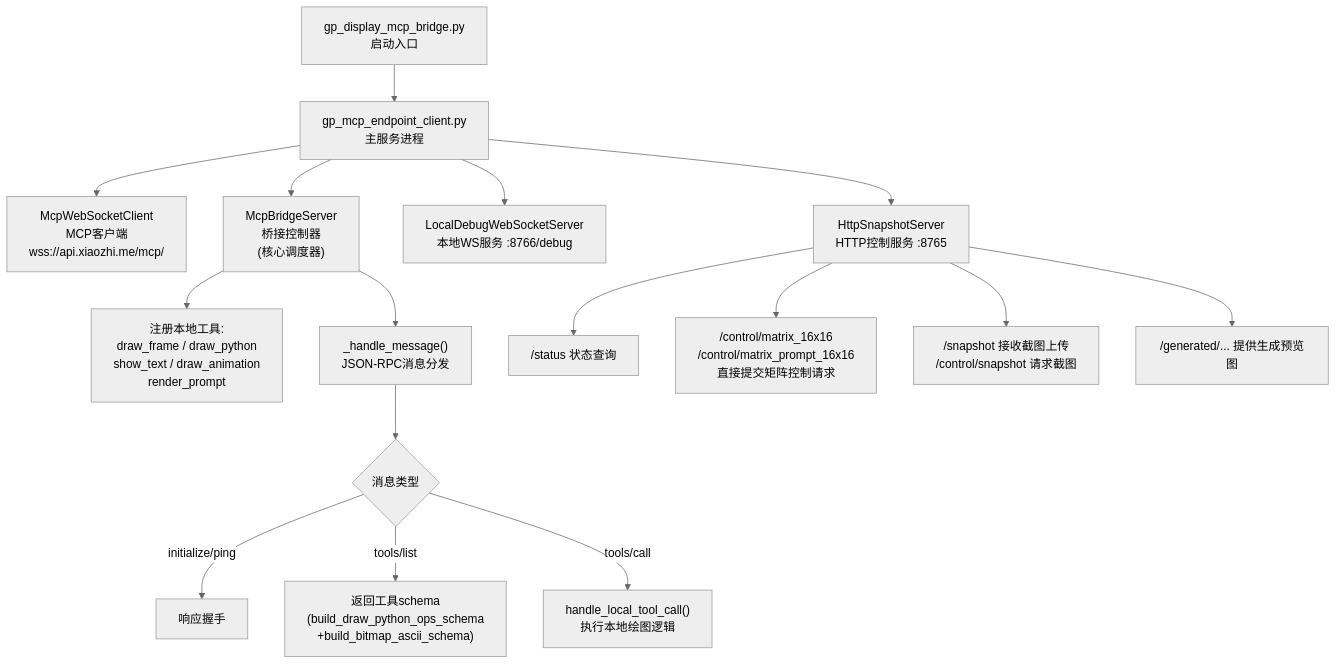
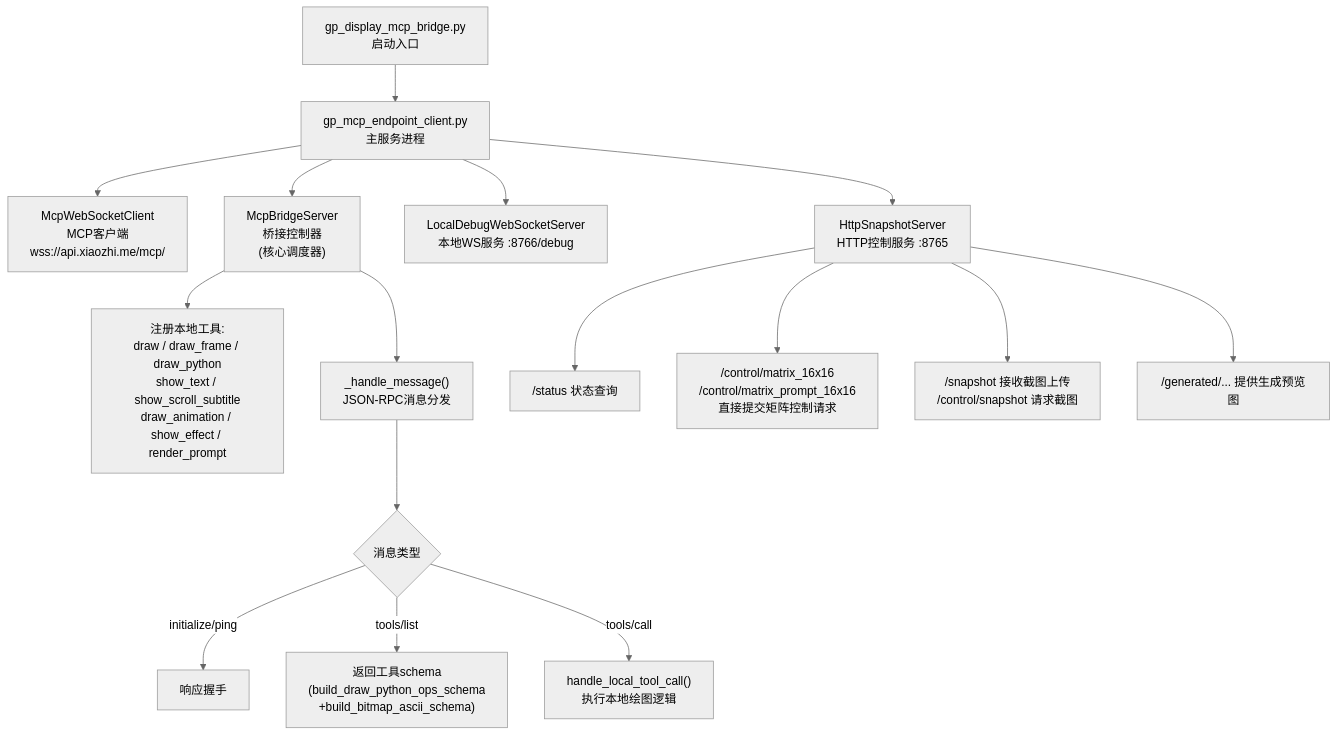
Before and after one commit to N3SSS13D/GraduationProject: the first of 5 diagrams in Doc/毕业论文/local_drawing_scripts_architecture.md, drawn with Mermaid (neutral theme). The commit also changed other lines of this file and 118 other files, not shown here.

````diff
--- a/Doc/毕业论文/local_drawing_scripts_architecture.md
+++ b/Doc/毕业论文/local_drawing_scripts_architecture.md
@@ -318,21 +318,21 @@
 ```mermaid
 flowchart TD
     ENTRY["gp_display_mcp_bridge.py<br/>启动入口"] --> MAIN["gp_mcp_endpoint_client.py<br/>主服务进程"]
 
     MAIN --> MCP["McpWebSocketClient<br/>MCP客户端<br/>wss://api.xiaozhi.me/mcp/"]
     MAIN --> BRIDGE["McpBridgeServer<br/>桥接控制器<br/>(核心调度器)"]
     MAIN --> WS["LocalDebugWebSocketServer<br/>本地WS服务 :8766/debug"]
     MAIN --> HTTP["HttpSnapshotServer<br/>HTTP控制服务 :8765"]
 
-    BRIDGE --> TOOLS["注册本地工具:<br/>draw_frame / draw_python<br/>show_text / draw_animation<br/>render_prompt"]
+    BRIDGE --> TOOLS["注册本地工具:<br/>draw / draw_frame / draw_python<br/>show_text / show_scroll_subtitle<br/>draw_animation / show_effect / render_prompt"]
     BRIDGE --> DISPATCH["_handle_message()<br/>JSON-RPC消息分发"]
     DISPATCH --> CALLS{"消息类型"}
     CALLS -->|"initialize/ping"| PONG["响应握手"]
     CALLS -->|"tools/list"| LIST["返回工具schema<br/>(build_draw_python_ops_schema<br/>+build_bitmap_ascii_schema)"]
     CALLS -->|"tools/call"| EXEC["handle_local_tool_call()<br/>执行本地绘图逻辑"]
 
     HTTP --> STATUS["/status 状态查询"]
     HTTP --> MATRIX["/control/matrix_16x16<br/>/control/matrix_prompt_16x16<br/>直接提交矩阵控制请求"]
     HTTP --> SNAPSHOT["/snapshot 接收截图上传<br/>/control/snapshot 请求截图"]
     HTTP --> GENERATED["/generated/... 提供生成预览图"]
 ```
````
